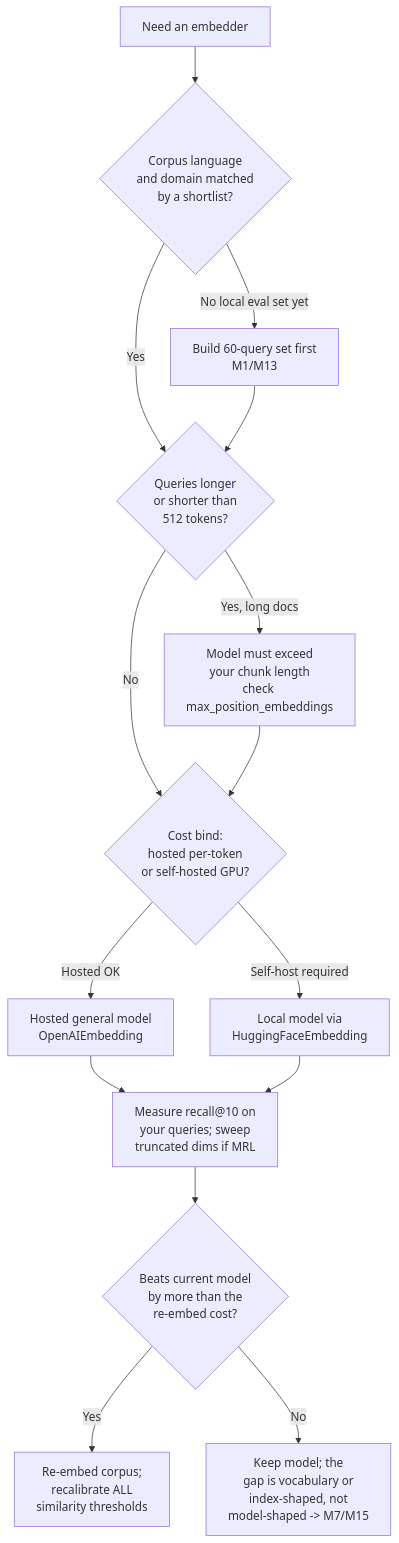
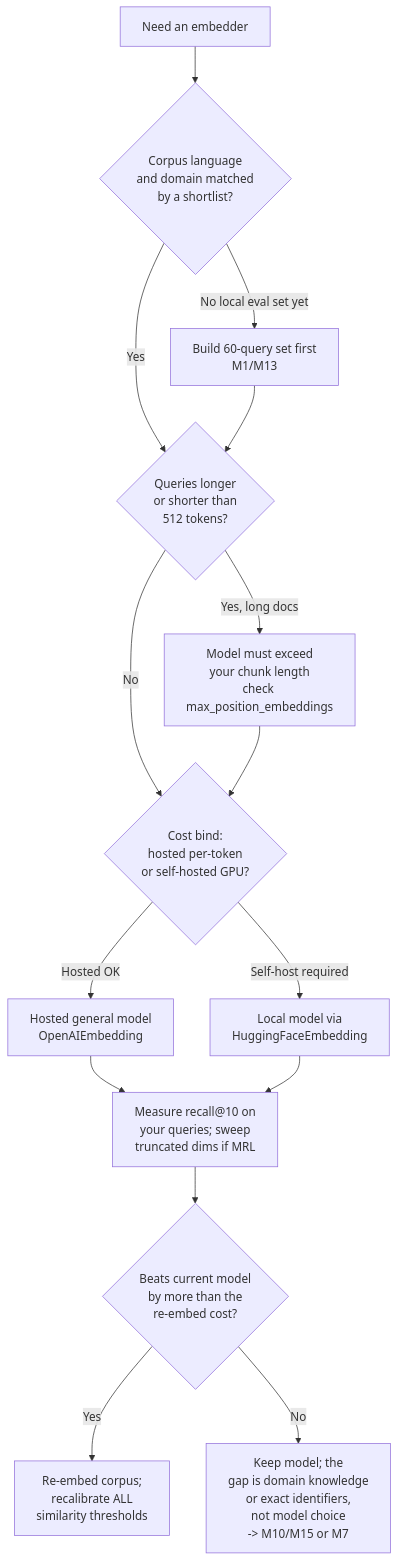
The diagram in modules/04-embeddings-and-vector-space/README.md (My-Courseworks/RAG), drawn with Mermaid before and after one commit. The commit also changed other lines of this file and 13 other files, not shown here.

````diff
--- a/modules/04-embeddings-and-vector-space/README.md
+++ b/modules/04-embeddings-and-vector-space/README.md
@@ -317,17 +717,17 @@
 ```mermaid
 flowchart TD
     A[Need an embedder] --> B{Corpus language<br/>and domain matched<br/>by a shortlist?}
     B -->|No local eval set yet| C[Build 60-query set first<br/>M1/M13]
     B -->|Yes| D{Queries longer<br/>or shorter than<br/>512 tokens?}
     D -->|Yes, long docs| E[Model must exceed<br/>your chunk length<br/>check max_position_embeddings]
     D -->|No| F{Cost bind:<br/>hosted per-token<br/>or self-hosted GPU?}
     E --> F
     F -->|Hosted OK| G[Hosted general model<br/>OpenAIEmbedding]
     F -->|Self-host required| H[Local model via<br/>HuggingFaceEmbedding]
     G --> I[Measure recall@10 on<br/>your queries; sweep<br/>truncated dims if MRL]
     H --> I
     I --> J{Beats current model<br/>by more than the<br/>re-embed cost?}
     J -->|Yes| K[Re-embed corpus;<br/>recalibrate ALL<br/>similarity thresholds]
-    J -->|No| L[Keep model; the<br/>gap is vocabulary or<br/>index-shaped, not<br/>model-shaped -> M7/M15]
+    J -->|No| L[Keep model; the<br/>gap is domain knowledge<br/>or exact identifiers,<br/>not model choice<br/>-> M10/M15 or M7]
     C --> D
 ```
````
